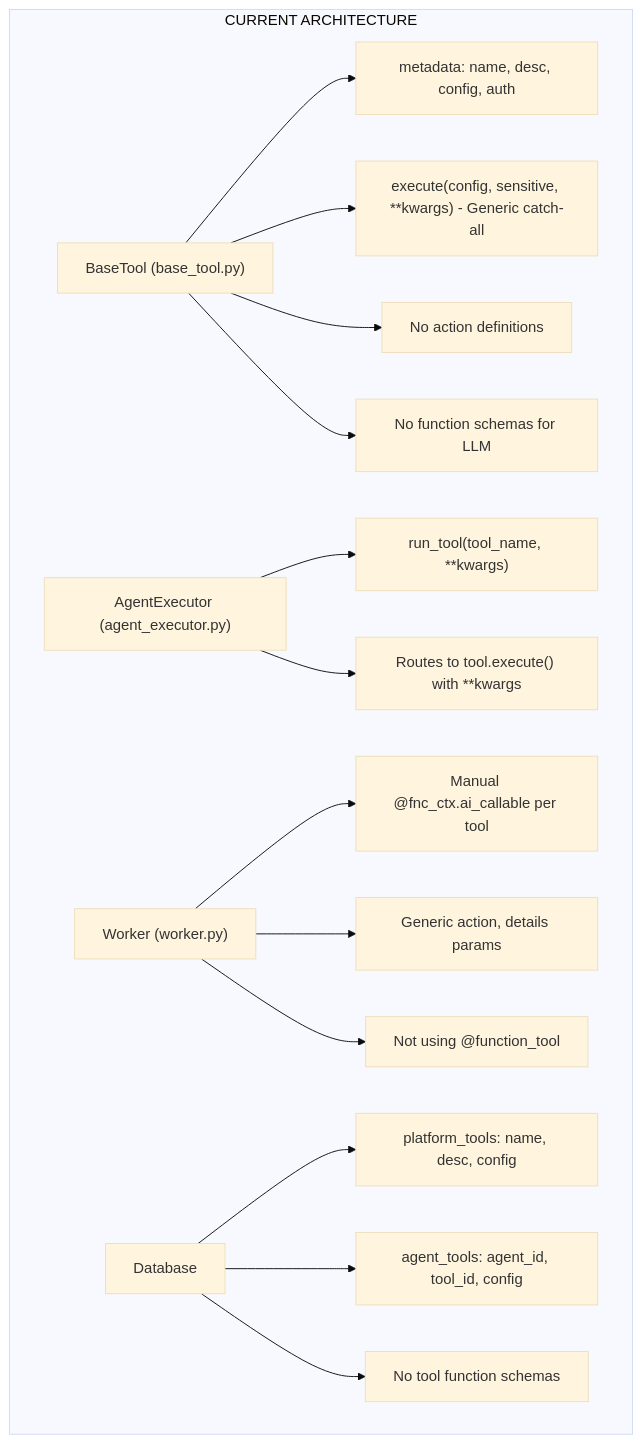
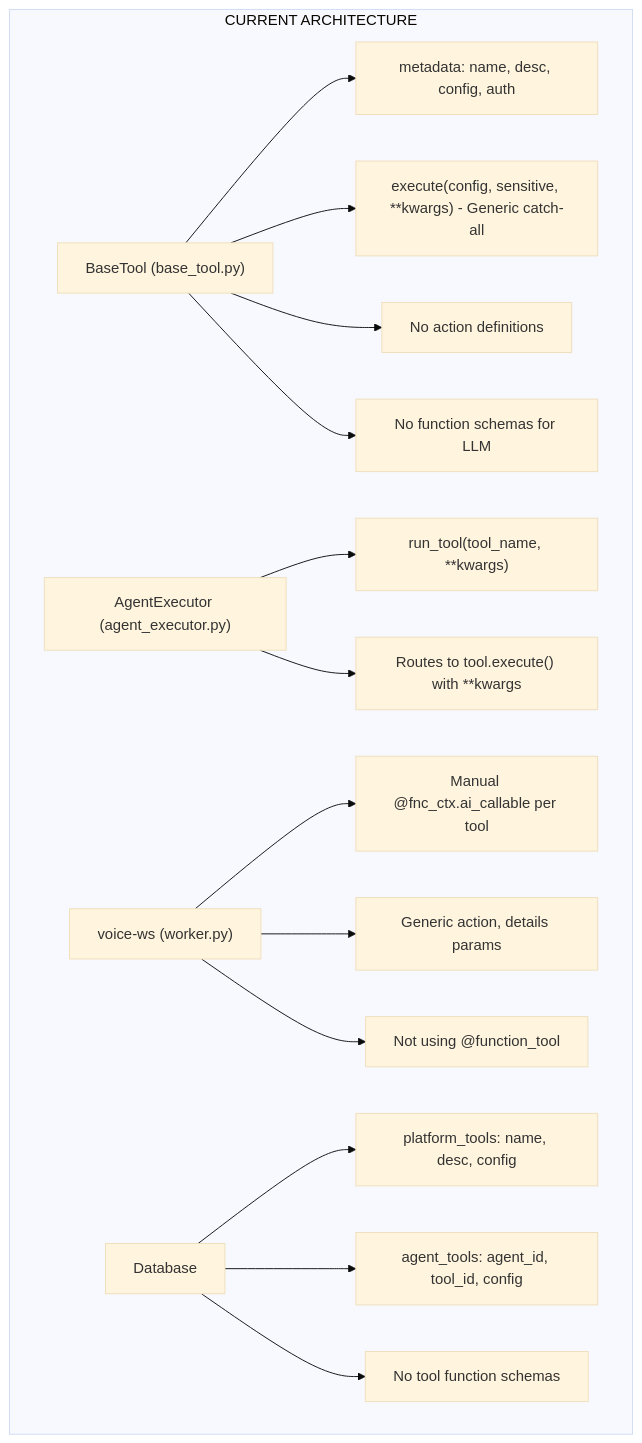
One commit to gauravdhiman/a1-voice-agent-platform changed the first of 2 diagrams in docs/03_implementation/dynamic_tool_architecture.md. Above: the diagram before and after it, drawn with Mermaid (base theme). The commit also changed other lines of this file and 163 other files, not shown here.

Commit message:
feat(voice): remove LiveKit worker; Pipecat voice-ws is the only voice runtime

````diff
--- a/docs/03_implementation/dynamic_tool_architecture.md
+++ b/docs/03_implementation/dynamic_tool_architecture.md
@@ -11,36 +13,36 @@
 ```mermaid
 graph TD
     subgraph Current["CURRENT ARCHITECTURE"]
         BT1["BaseTool (base_tool.py)"]
         BT2["metadata: name, desc, config, auth"]
         BT3["execute(config, sensitive, **kwargs) - Generic catch-all"]
         BT4["No action definitions"]
         BT5["No function schemas for LLM"]
         BT1 --> BT2
         BT1 --> BT3
         BT1 --> BT4
         BT1 --> BT5
 
         AE1["AgentExecutor (agent_executor.py)"]
         AE2["run_tool(tool_name, **kwargs)"]
         AE3["Routes to tool.execute() with **kwargs"]
         AE1 --> AE2
         AE1 --> AE3
 
-        WK1["Worker (worker.py)"]
+        WK1["voice-ws (worker.py)"]
         WK2["Manual @fnc_ctx.ai_callable per tool"]
         WK3["Generic action, details params"]
         WK4["Not using @function_tool"]
         WK1 --> WK2
         WK1 --> WK3
         WK1 --> WK4
 
         DB1["Database"]
         DB2["platform_tools: name, desc, config"]
         DB3["agent_tools: agent_id, tool_id, config"]
         DB4["No tool function schemas"]
         DB1 --> DB2
         DB1 --> DB3
         DB1 --> DB4
     end
 ```
````
